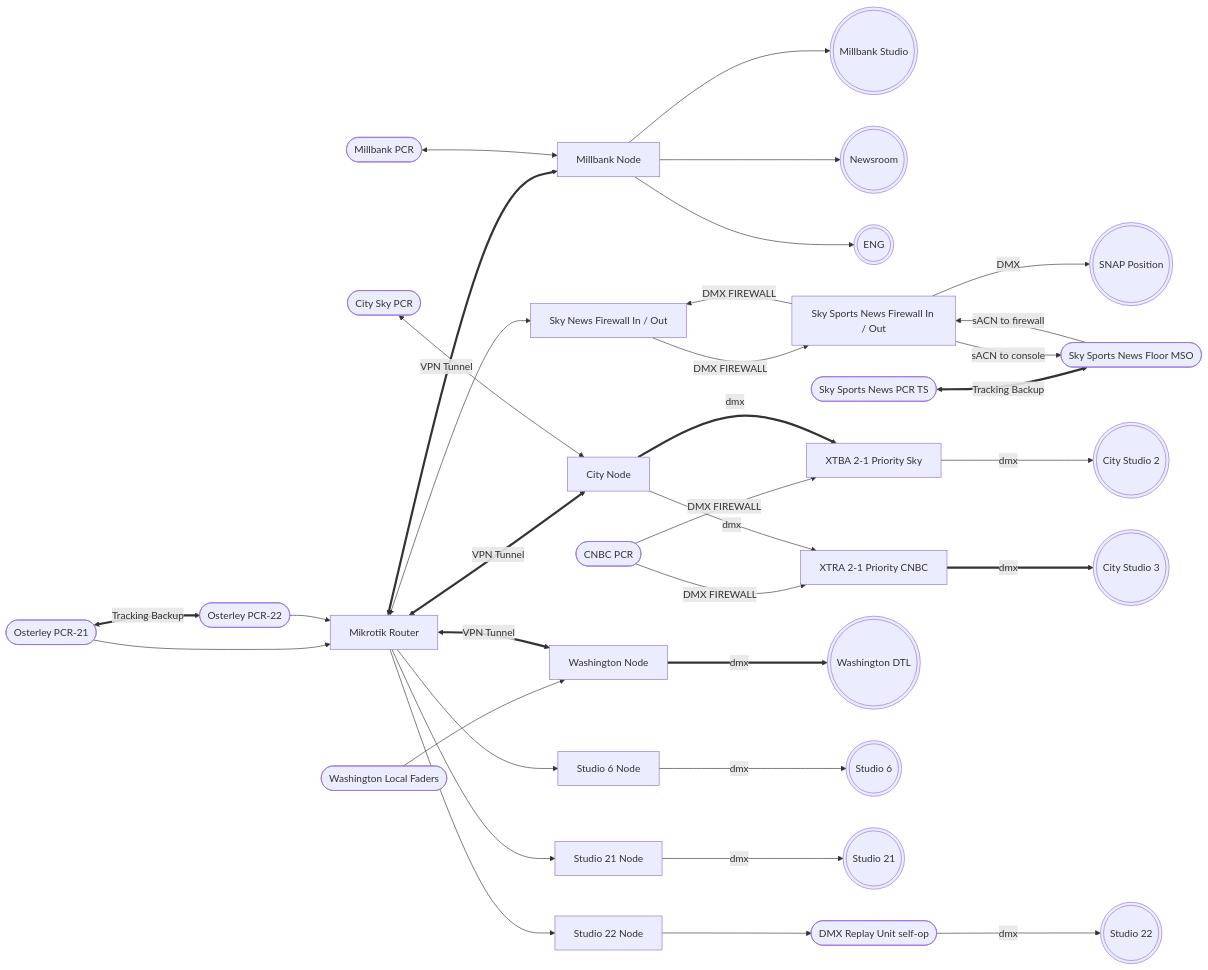
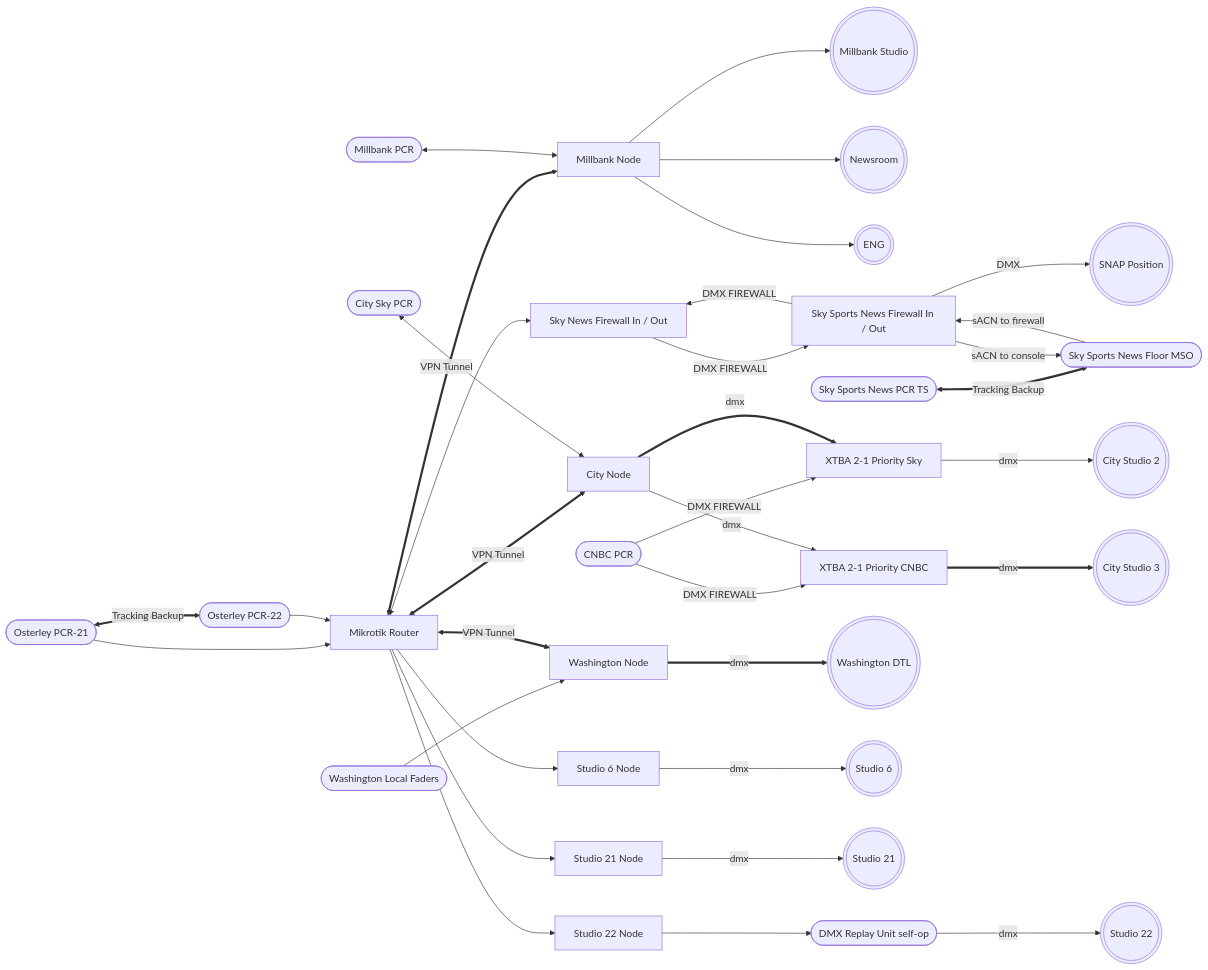
Before and after one commit to richardbegham/hugoplate: the diagram in content/english/previously/Sky-Studios/index.md, drawn with Mermaid. The commit also changed other lines of this file and 5 other files, not shown here.

````diff
--- a/content/english/previously/Sky-Studios/index.md
+++ b/content/english/previously/Sky-Studios/index.md
@@ -141,80 +152,80 @@
 ```mermaid
 flowchart LR
     OstA([Osterley PCR-21])
     OstB([Osterley PCR-22])
     Ost[Mikrotik Router]
 
     M([Millbank PCR])
     N[Millbank Node]
     S(((Millbank Studio)))
     NR(((Newsroom)))
     ENG(((ENG)))
 
     FW1[Sky News Firewall In / Out]
     FW2[Sky Sports News Firewall In / Out]
     SS(((SNAP Position)))
     SSNHQ([Sky Sports News Floor MSO])
     SSNHQ2([Sky Sports News PCR TS])
 
     C[City Node]
     CP([City Sky PCR])
     CP2([CNBC PCR])
     CX2["XTBA 2-1 Priority Sky"]
-    CX3["XTRA 2-1 Priority CNBC"]
+    CX3["XTBA 2-1 Priority CNBC"]
     CS2(((City Studio 2)))
     CS3(((City Studio 3)))
 
     W[Washington Node]
     WS(((Washington DTL)))
     WP([Washington Local Faders])
 
     ST6[Studio 6 Node]
     ST6S(((Studio 6)))
     ST21[Studio 21 Node]
     ST21S(((Studio 21)))
     ST22[Studio 22 Node]
     ST22R([DMX Replay Unit self-op])
     ST22S(((Studio 22)))
 
     OstA <== "Tracking Backup" ==> OstB
     OstA --> Ost
     OstB --> Ost
 
     SSNHQ2 <== "Tracking Backup" ==> SSNHQ
     SSNHQ -- "sACN to firewall" --> FW2
     FW2 -- "sACN to console" --> SSNHQ
     Ost <--> FW1
     FW2 -- "DMX" --> SS
     FW1 -- "DMX FIREWALL" --> FW2
     FW2 -- "DMX FIREWALL" --> FW1
     Ost <== "VPN Tunnel" ==> N
     M <--> N
     N --> S
     N --> NR
     N --> ENG
 
     Ost <== "VPN Tunnel" ==> C
     CP <--> C
     CP2 -- "DMX FIREWALL" --> CX2
     CP2 -- "DMX FIREWALL" --> CX3
 
     C == "dmx" ==> CX2
     C -- "dmx" --> CX3
 
     CX2 -- "dmx" --> CS2
     CX3 == "dmx" ==> CS3
 
     WP --> W
     W == "dmx" ==> WS
     Ost <== "VPN Tunnel" ==> W
 
     Ost --> ST6
     Ost --> ST21
     ST6 -- "dmx" --> ST6S
     ST21 -- "dmx" --> ST21S
 
     Ost --> ST22
     ST22 --> ST22R
     ST22R -- "dmx" --> ST22S
 
 ```
````
